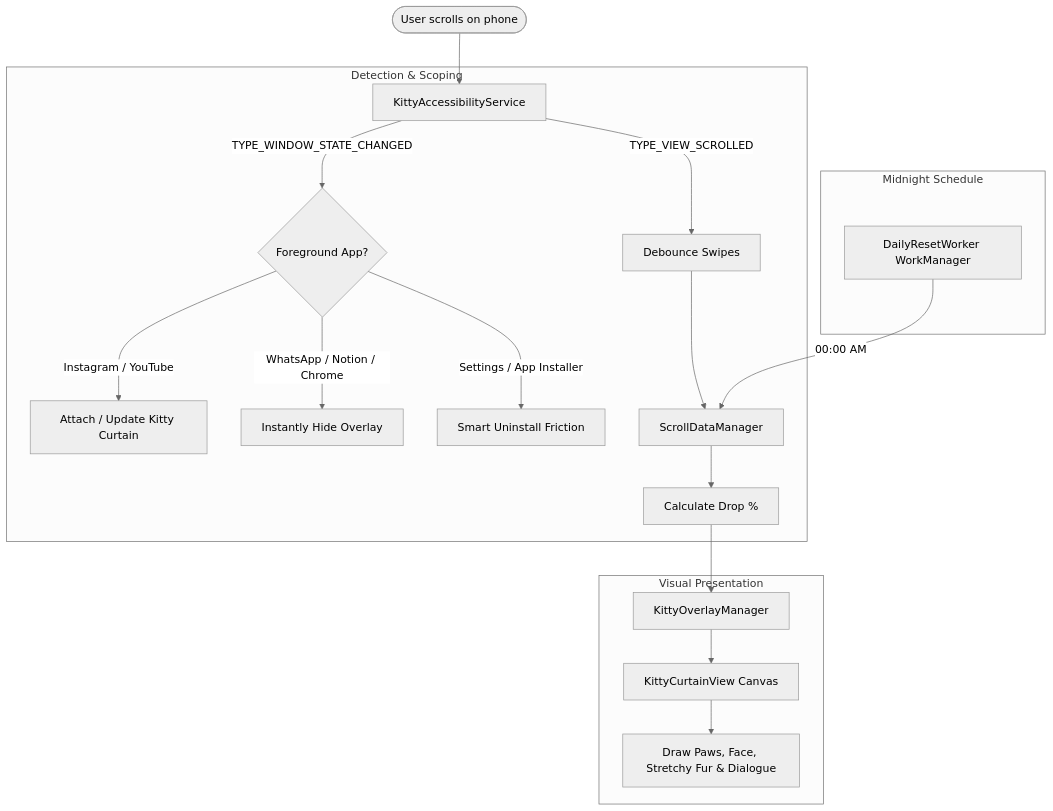
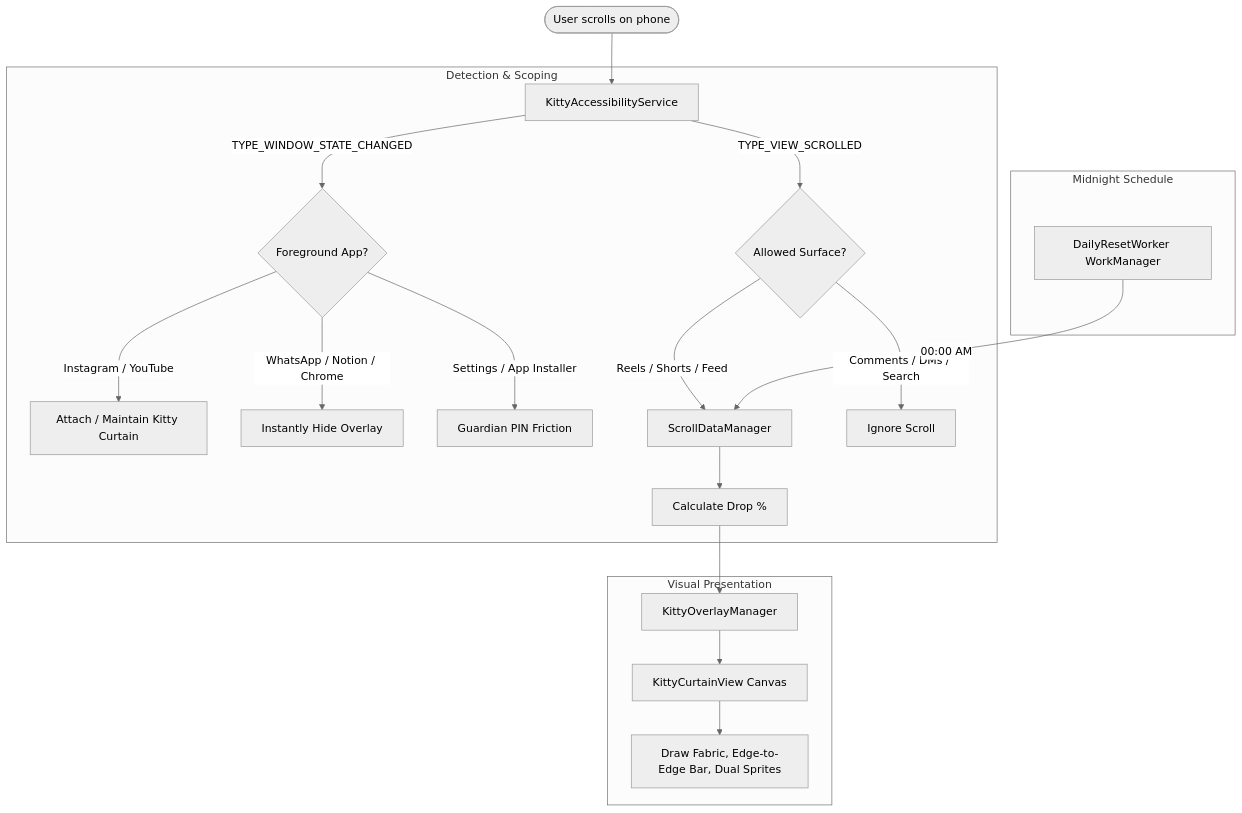
The diagram in README.md (raxblackwood/kitty-scroller), drawn with Mermaid (neutral theme) before and after one commit. The commit also changed other lines of this file and 1 other file, not shown here.

````diff
--- a/README.md
+++ b/README.md
@@ -36,25 +50,26 @@
 ```mermaid
 flowchart TD
     User([User scrolls on phone]) --> AccService[KittyAccessibilityService]
     
     subgraph Detection & Scoping
         AccService -->|TYPE_WINDOW_STATE_CHANGED| AppCheck{Foreground App?}
-        AppCheck -->|Instagram / YouTube| ShowOverlay[Attach / Update Kitty Curtain]
+        AppCheck -->|Instagram / YouTube| ShowOverlay[Attach / Maintain Kitty Curtain]
         AppCheck -->|WhatsApp / Notion / Chrome| HideOverlay[Instantly Hide Overlay]
-        AppCheck -->|Settings / App Installer| Friction[Smart Uninstall Friction]
+        AppCheck -->|Settings / App Installer| Friction[Guardian PIN Friction]
         
-        AccService -->|TYPE_VIEW_SCROLLED| Debounce[Debounce Swipes]
-        Debounce --> DataMgr[ScrollDataManager]
+        AccService -->|TYPE_VIEW_SCROLLED| TargetFilter{Allowed Surface?}
+        TargetFilter -->|Reels / Shorts / Feed| DataMgr[ScrollDataManager]
+        TargetFilter -->|Comments / DMs / Search| Ignore[Ignore Scroll]
         DataMgr --> DropPct[Calculate Drop %]
     end
     
     subgraph Visual Presentation
         DropPct --> OverlayMgr[KittyOverlayManager]
         OverlayMgr --> CurtainView[KittyCurtainView Canvas]
-        CurtainView --> Canvas[Draw Paws, Face, Stretchy Fur & Dialogue]
+        CurtainView --> Canvas[Draw Fabric, Edge-to-Edge Bar, Dual Sprites]
     end
     
     subgraph Midnight Schedule
         Worker[DailyResetWorker WorkManager] -->|00:00 AM| DataMgr
     end
 ```
````
